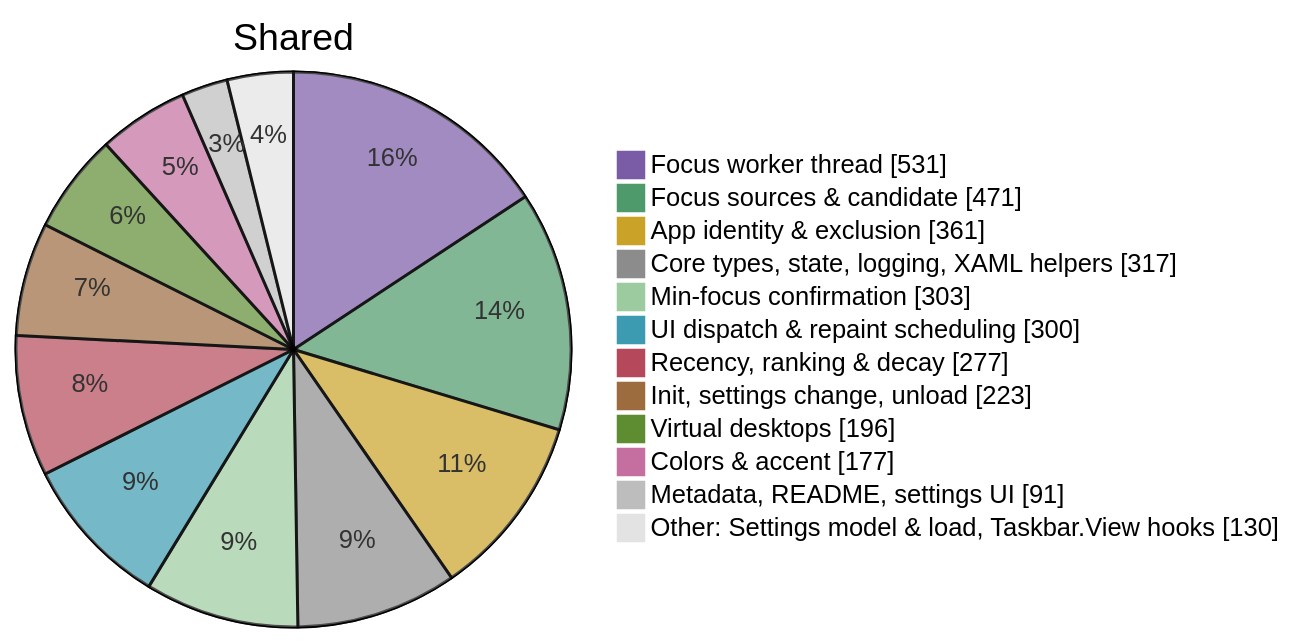
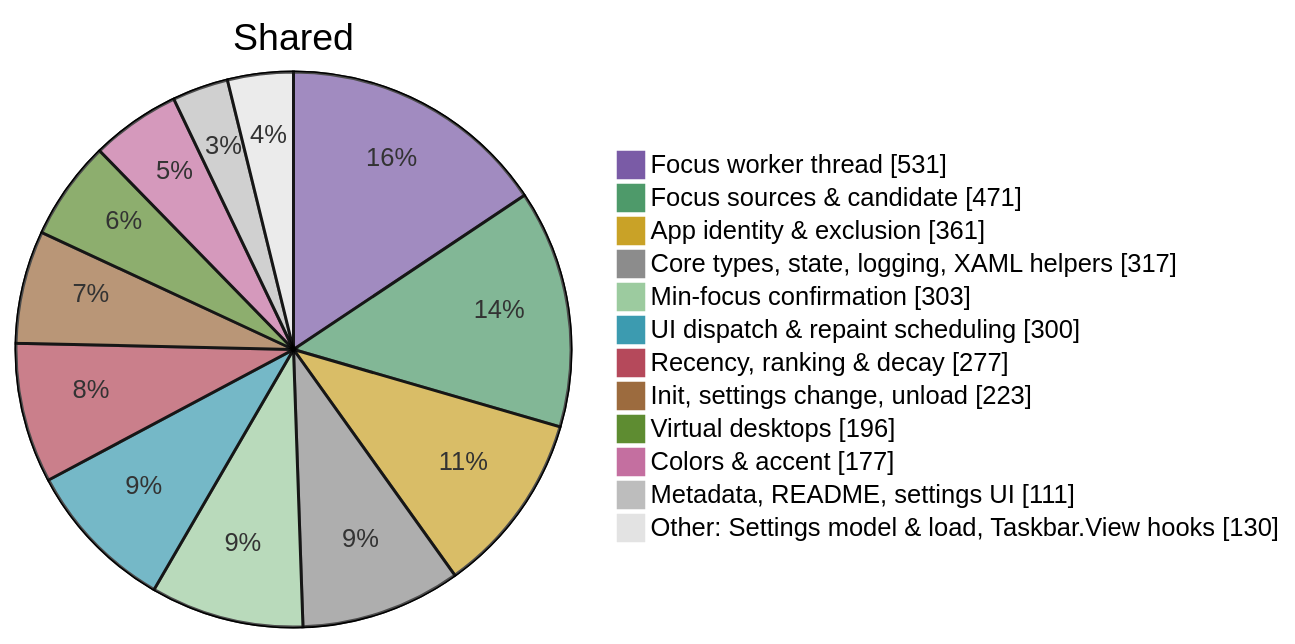
The fourth of 5 diagrams in doc/code/code-breakdown.md (jvlasek/taskbar-recent-focus-highlight), drawn with Mermaid before and after one commit. The commit also changed other lines of this file and 6 other files, not shown here.

````diff
--- a/doc/code/code-breakdown.md
+++ b/doc/code/code-breakdown.md
@@ -134,16 +134,16 @@
 ```mermaid
 %%{init: {"themeVariables": {"pie1": "#7A5BA6", "pie2": "#4E9A6A", "pie3": "#C9A227", "pie4": "#8C8C8C", "pie5": "#9CCB9F", "pie6": "#3C9BB0", "pie7": "#B5495B", "pie8": "#9C6B3E", "pie9": "#5E8C31", "pie10": "#C46FA0", "pie11": "#BDBDBD", "pie12": "#E3E3E3", "pieOuterStrokeWidth": "1px"}}}%%
 pie showData title Shared
     "Focus worker thread" : 531
     "Focus sources & candidate" : 471
     "App identity & exclusion" : 361
     "Core types, state, logging, XAML helpers" : 317
     "Min-focus confirmation" : 303
     "UI dispatch & repaint scheduling" : 300
     "Recency, ranking & decay" : 277
     "Init, settings change, unload" : 223
     "Virtual desktops" : 196
     "Colors & accent" : 177
-    "Metadata, README, settings UI" : 91
+    "Metadata, README, settings UI" : 111
     "Other: Settings model & load, Taskbar.View hooks" : 130
 ```
````
